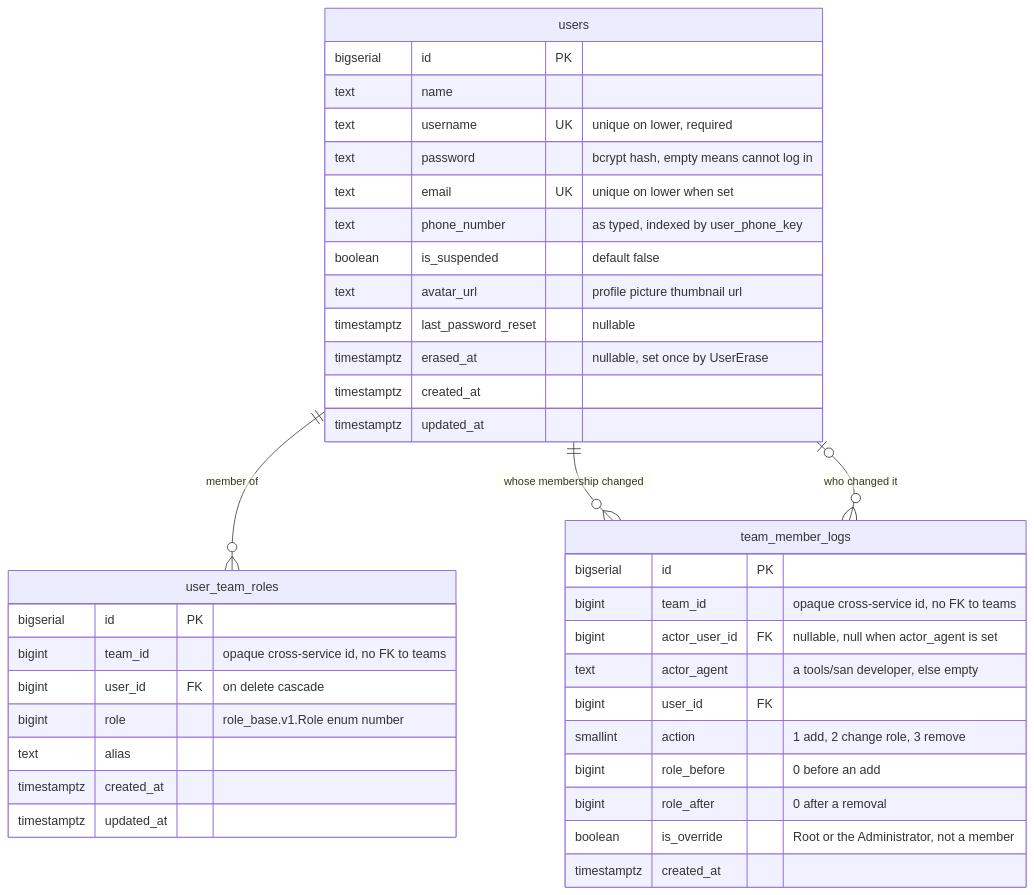
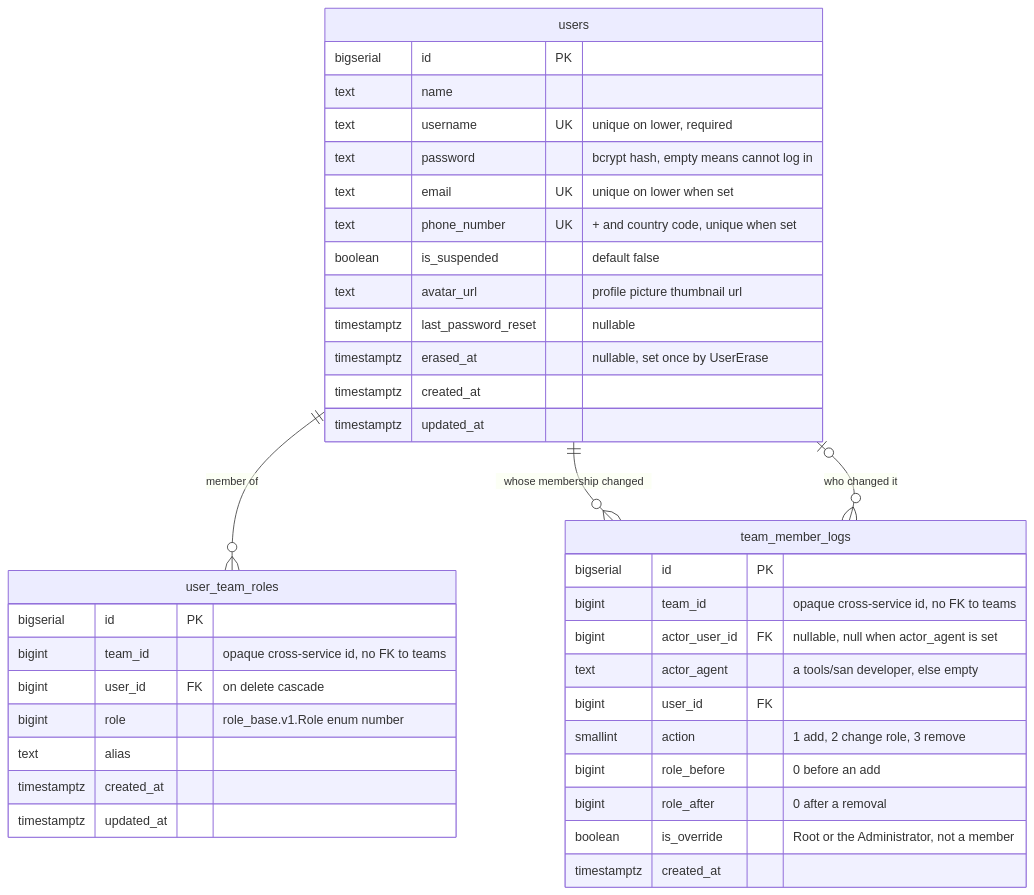
One commit to pdcgo/warehouse_revamp changed the second of 16 diagrams in docs/database-schema.md. Above: the diagram before and after it, drawn with Mermaid. The commit also changed other lines of this file and 24 other files, not shown here.

````diff
--- a/docs/database-schema.md
+++ b/docs/database-schema.md
@@ -102,44 +102,44 @@
 ```mermaid
 erDiagram
     users ||--o{ user_team_roles : "member of"
     users ||--o{ team_member_logs : "whose membership changed"
     users |o--o{ team_member_logs : "who changed it"
 
     users {
         bigserial   id                  PK
         text        name
         text        username            UK "unique on lower, required"
         text        password            "bcrypt hash, empty means cannot log in"
         text        email               UK "unique on lower when set"
-        text        phone_number        "as typed, indexed by user_phone_key"
+        text        phone_number        UK "+ and country code, unique when set"
         boolean     is_suspended        "default false"
         text        avatar_url          "profile picture thumbnail url"
         timestamptz last_password_reset "nullable"
         timestamptz erased_at           "nullable, set once by UserErase"
         timestamptz created_at
         timestamptz updated_at
     }
 
     user_team_roles {
         bigserial   id         PK
         bigint      team_id    "opaque cross-service id, no FK to teams"
         bigint      user_id    FK "on delete cascade"
         bigint      role       "role_base.v1.Role enum number"
         text        alias
         timestamptz created_at
         timestamptz updated_at
     }
 
     team_member_logs {
         bigserial   id            PK
         bigint      team_id       "opaque cross-service id, no FK to teams"
         bigint      actor_user_id FK "nullable, null when actor_agent is set"
         text        actor_agent   "a tools/san developer, else empty"
         bigint      user_id       FK
         smallint    action        "1 add, 2 change role, 3 remove"
         bigint      role_before   "0 before an add"
         bigint      role_after    "0 after a removal"
         boolean     is_override   "Root or the Administrator, not a member"
         timestamptz created_at
     }
 ```
````
